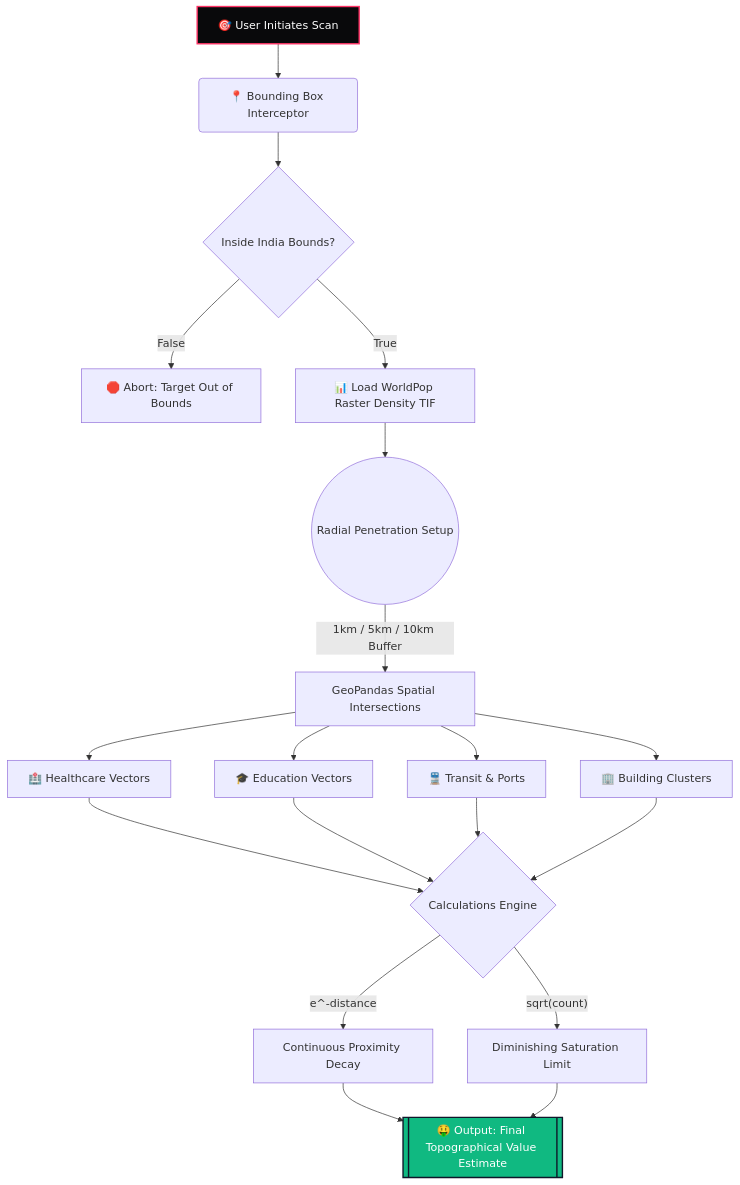
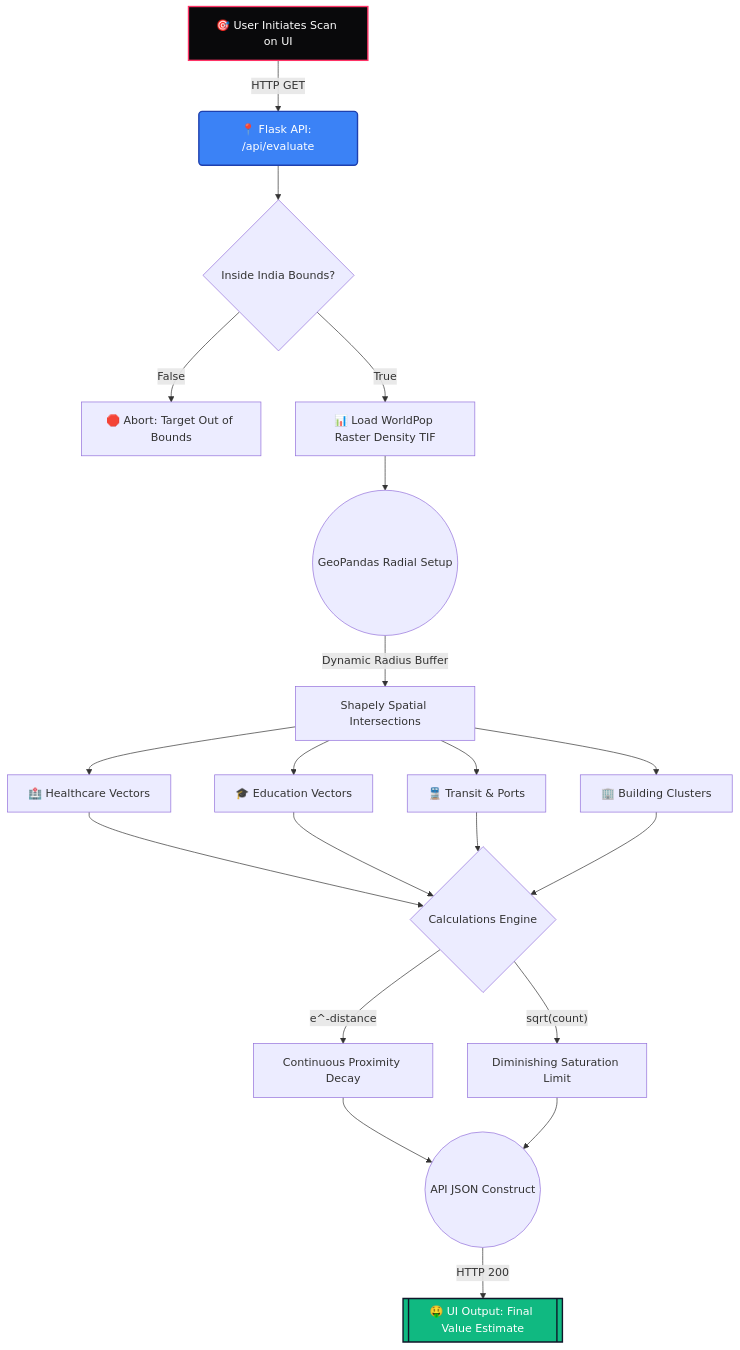
The diagram in README.md (Harshchoubey55/Land-Price-Estimation-using-Spatial-Feature-Analysis), drawn with Mermaid before and after one commit. The commit also changed other lines of this file, not shown here.

Commit message:
Update docs to reflect full-stack Flask architecture

````diff
--- a/README.md
+++ b/README.md
@@ -21,25 +22,27 @@
 ```mermaid
 graph TD
-    A[🎯 User Initiates Scan] --> B(📍 Bounding Box Interceptor)
+    A[🎯 User Initiates Scan on UI] -->|HTTP GET| B(📍 Flask API: /api/evaluate)
     B --> C{Inside India Bounds?}
     C -->|False| D[🛑 Abort: Target Out of Bounds]
     C -->|True| E[📊 Load WorldPop Raster Density TIF]
     
-    E --> F((Radial Penetration Setup))
-    F --> |1km / 5km / 10km Buffer| G[GeoPandas Spatial Intersections]
+    E --> F((GeoPandas Radial Setup))
+    F --> |Dynamic Radius Buffer| G[Shapely Spatial Intersections]
     
     G --> H1[🏥 Healthcare Vectors]
     G --> H2[🎓 Education Vectors]
     G --> H3[🚆 Transit & Ports]
     G --> H4[🏢 Building Clusters]
     
     H1 & H2 & H3 & H4 --> I{Calculations Engine}
     
     I --> |"e^-distance"| J[Continuous Proximity Decay]
     I --> |"sqrt(count)"| K[Diminishing Saturation Limit]
     
-    J & K --> L[[🤑 Output: Final Topographical Value Estimate]]
+    J & K --> O((API JSON Construct))
+    O --> |HTTP 200| L[[🤑 UI Output: Final Value Estimate]]
     
     style A fill:#09090b,stroke:#FF3366,stroke-width:2px,color:#fff
+    style B fill:#3b82f6,stroke:#1e40af,stroke-width:2px,color:#fff
     style L fill:#10b981,stroke:#0f172a,stroke-width:2px,color:#fff
 ```
````
